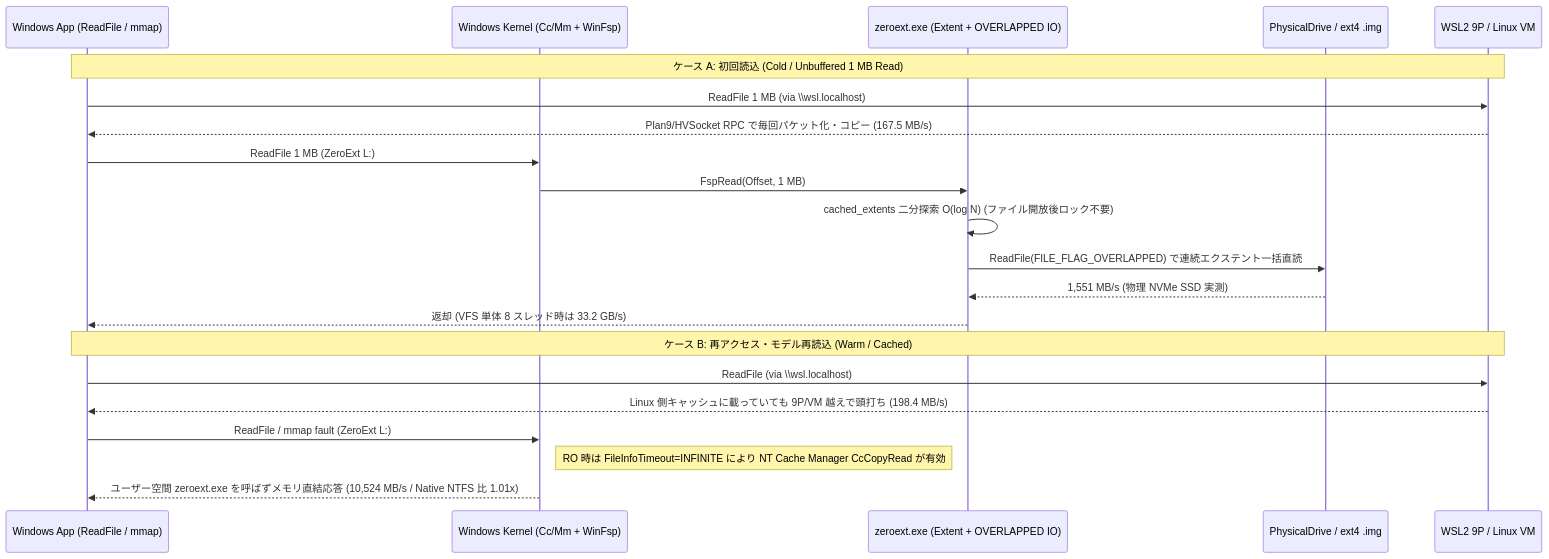
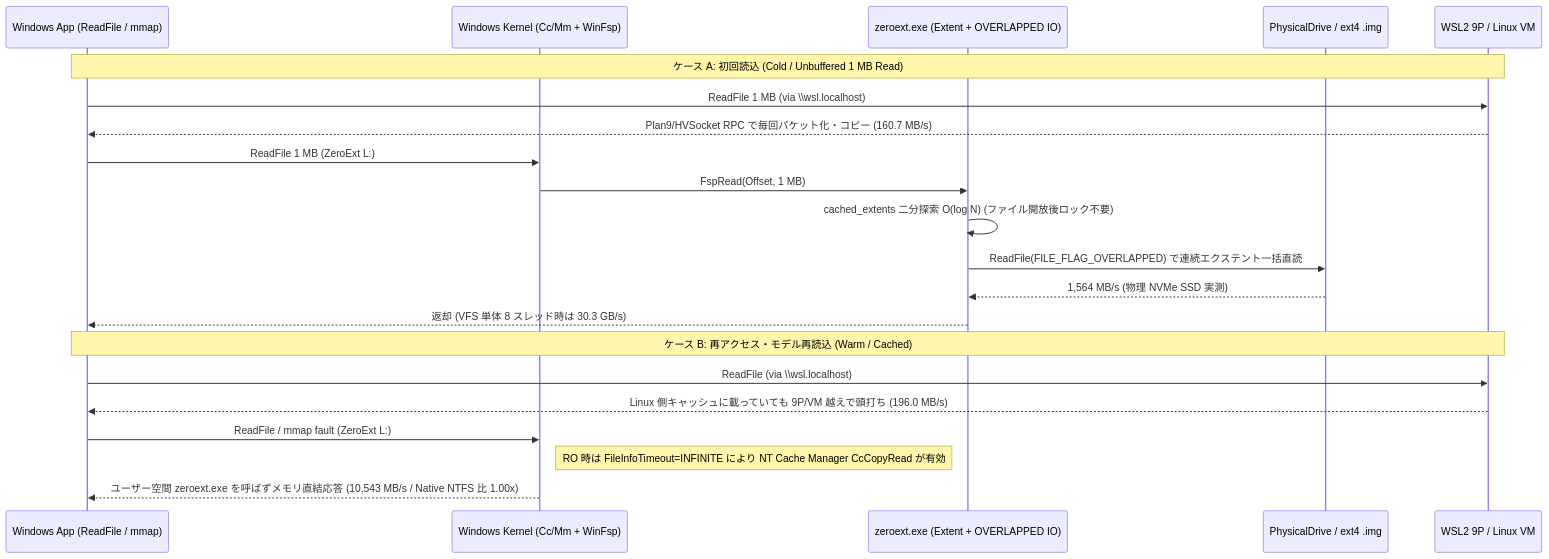
One commit to totatake/ZeroExt changed the second of 2 diagrams in docs/overview.md. Above: the diagram before and after it, drawn with Mermaid. The commit also changed other lines of this file and 20 other files, not shown here.

````diff
--- a/docs/overview.md
+++ b/docs/overview.md
@@ -61,27 +61,27 @@
 ```mermaid
 sequenceDiagram
     participant App as Windows App (ReadFile / mmap)
     participant Kern as Windows Kernel (Cc/Mm + WinFsp)
     participant Ext as zeroext.exe (Extent + OVERLAPPED IO)
     participant SSD as PhysicalDrive / ext4 .img
     participant WSL as WSL2 9P / Linux VM
 
     Note over App,WSL: ケース A: 初回読込 (Cold / Unbuffered 1 MB Read)
     App->>WSL: ReadFile 1 MB (via \\wsl.localhost)
-    WSL-->>App: Plan9/HVSocket RPC で毎回パケット化・コピー (167.5 MB/s)
+    WSL-->>App: Plan9/HVSocket RPC で毎回パケット化・コピー (160.7 MB/s)
 
     App->>Kern: ReadFile 1 MB (ZeroExt L:)
     Kern->>Ext: FspRead(Offset, 1 MB)
     Ext->>Ext: cached_extents 二分探索 O(log N) (ファイル開放後ロック不要)
     Ext->>SSD: ReadFile(FILE_FLAG_OVERLAPPED) で連続エクステント一括直読
-    SSD-->>Ext: 1,551 MB/s (物理 NVMe SSD 実測)
-    Ext-->>App: 返却 (VFS 単体 8 スレッド時は 33.2 GB/s)
+    SSD-->>Ext: 1,564 MB/s (物理 NVMe SSD 実測)
+    Ext-->>App: 返却 (VFS 単体 8 スレッド時は 30.3 GB/s)
 
     Note over App,WSL: ケース B: 再アクセス・モデル再読込 (Warm / Cached)
     App->>WSL: ReadFile (via \\wsl.localhost)
-    WSL-->>App: Linux 側キャッシュに載っていても 9P/VM 越えで頭打ち (198.4 MB/s)
+    WSL-->>App: Linux 側キャッシュに載っていても 9P/VM 越えで頭打ち (196.0 MB/s)
 
     App->>Kern: ReadFile / mmap fault (ZeroExt L:)
     Note right of Kern: RO 時は FileInfoTimeout=INFINITE により NT Cache Manager CcCopyRead が有効
-    Kern-->>App: ユーザー空間 zeroext.exe を呼ばずメモリ直結応答 (10,524 MB/s / Native NTFS 比 1.01x)
+    Kern-->>App: ユーザー空間 zeroext.exe を呼ばずメモリ直結応答 (10,543 MB/s / Native NTFS 比 1.00x)
 ```
````
